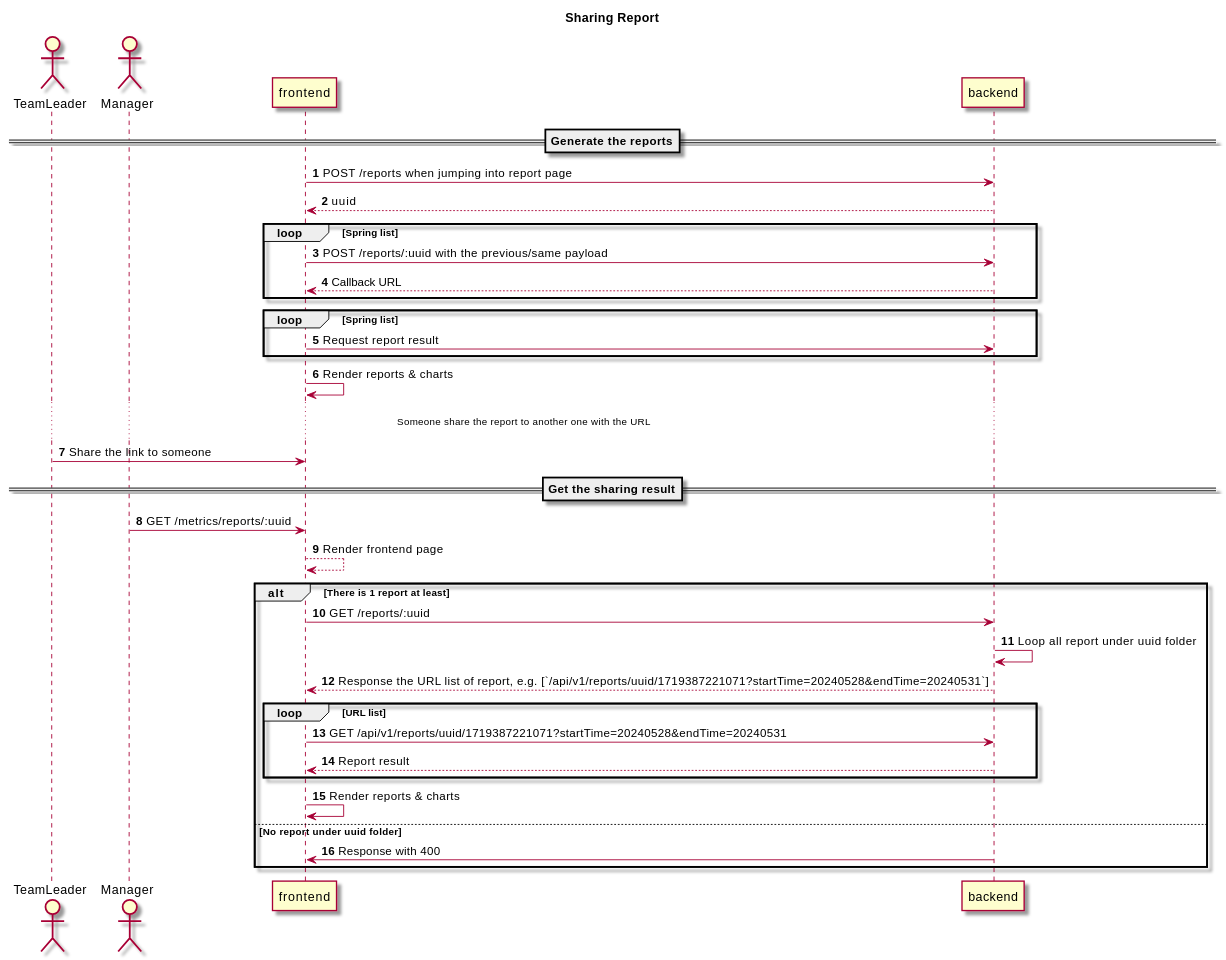
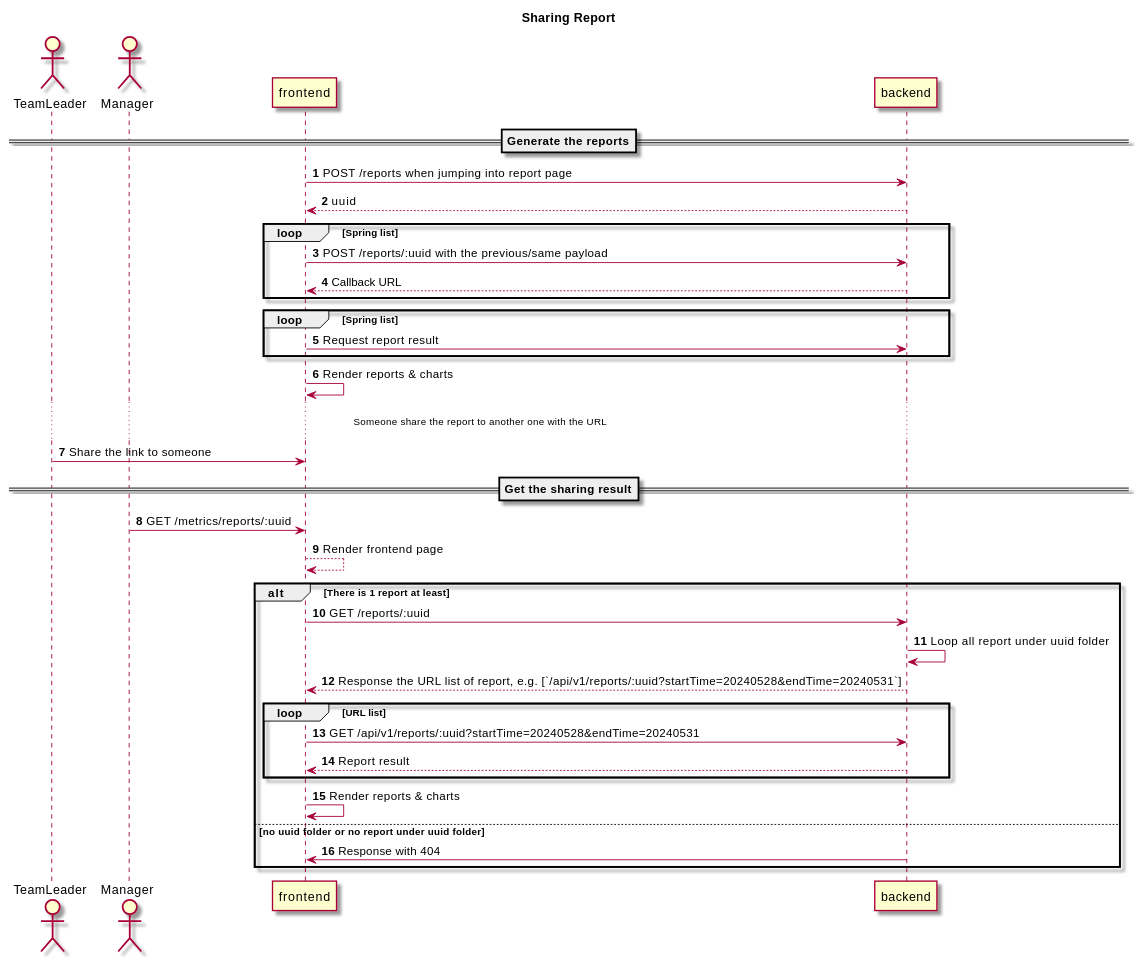
Before and after one commit to au-heartbeat/Heartbeat: the diagram in docs/src/content/docs/en/spikes/tech-spikes-sharing-report.mdx, drawn with PlantUML. The commit also changed other lines of this file, not shown here.

Commit message:
docs(spike): [docs] update tech spike for the sharing report

````diff
--- a/docs/src/content/docs/en/spikes/tech-spikes-sharing-report.mdx
+++ b/docs/src/content/docs/en/spikes/tech-spikes-sharing-report.mdx
@@ -30,44 +30,44 @@
 ```plantuml
 @startuml
 skin rose
 autonumber
 title Sharing Report
 
 actor       TeamLeader       as TeamLeader
 actor       Manager       as Manager
 participant frontend as frontend
 participant backend as backend
 
 ==Generate the reports==
 frontend -> backend: POST /reports when jumping into report page
 backend --> frontend: uuid
 loop Spring list
   frontend -> backend: POST /reports/:uuid with the previous/same payload
   backend --> frontend: Callback URL
 end
 
 loop Spring list
   frontend -> backend: Request report result
 end
 
 frontend -> frontend: Render reports & charts
 ...Someone share the report to another one with the URL...
 TeamLeader -> frontend: Share the link to someone
 ==Get the sharing result==
 Manager -> frontend: GET /metrics/reports/:uuid
 frontend --> frontend: Render frontend page
 alt There is 1 report at least
   frontend -> backend: GET /reports/:uuid
   backend-> backend: Loop all report under uuid folder
-  backend --> frontend: Response the URL list of report, e.g.   [`/api/v1/reports/uuid/1719387221071?startTime=20240528&endTime=20240531`]
+  backend --> frontend: Response the URL list of report, e.g.   [`/api/v1/reports/:uuid?startTime=20240528&endTime=20240531`]
   loop URL list
-    frontend-> backend: GET /api/v1/reports/uuid/1719387221071?startTime=20240528&endTime=20240531
+    frontend-> backend: GET /api/v1/reports/:uuid?startTime=20240528&endTime=20240531
     backend --> frontend: Report result
   end
   frontend -> frontend: Render reports & charts
-else No report under uuid folder
-  backend-> frontend: Response with 400
+else no uuid folder or no report under uuid folder
+  backend-> frontend: Response with 404
 end
 
 @enduml
 ```
````
